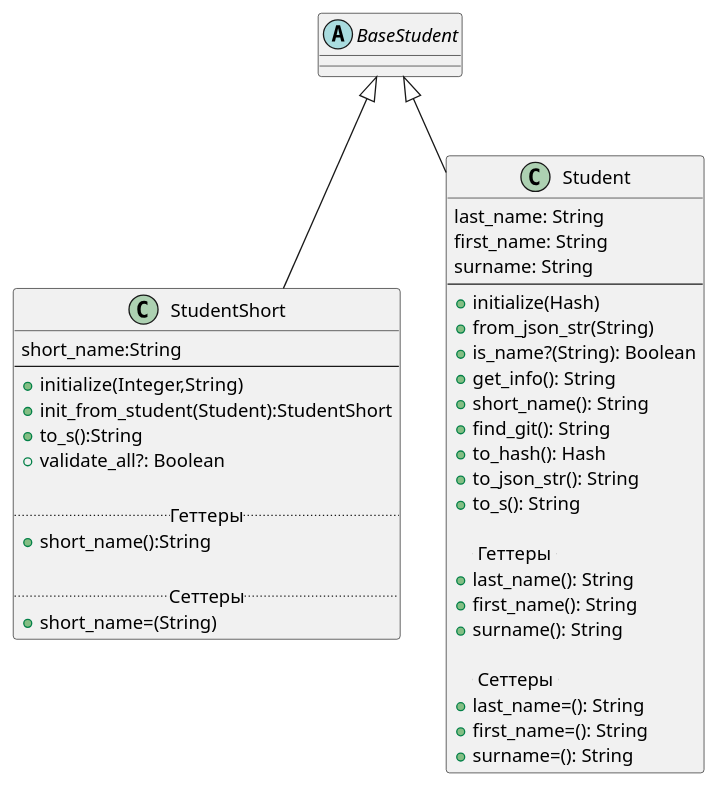
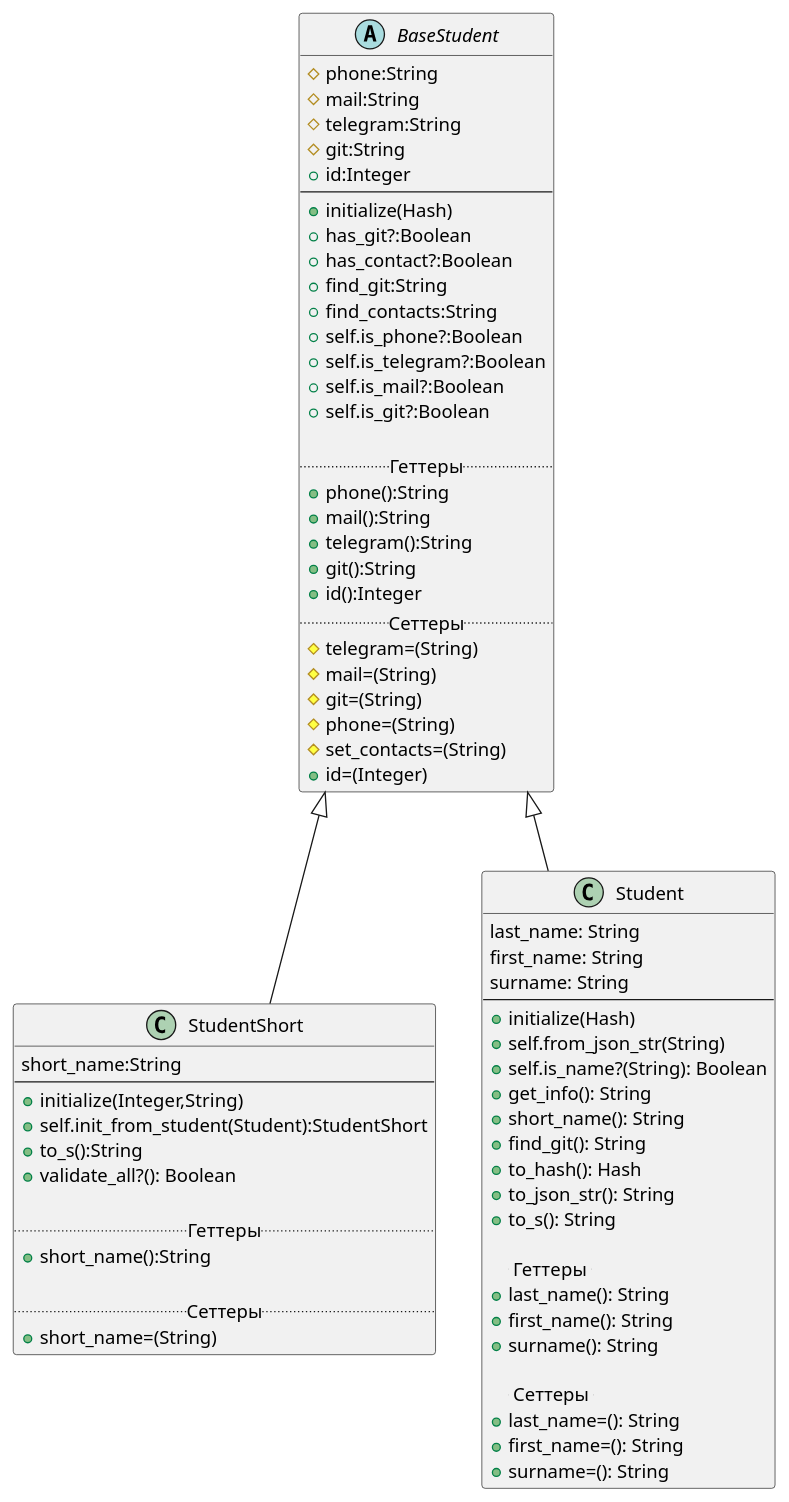
Before and after one commit to OlegVasil/RubyLabs: the diagram in laba_2/Diagrams/diagram_1.puml, drawn with PlantUML.

```diff
--- a/laba_2/Diagrams/diagram_1.puml
+++ b/laba_2/Diagrams/diagram_1.puml
@@ -1,46 +1,74 @@
 abstract class BaseStudent
 {
+#phone:String
+#mail:String
+#telegram:String
+#git:String
++id:Integer
+--
++initialize(Hash)
++has_git?:Boolean
++has_contact?:Boolean
++find_git:String
++find_contacts:String
++self.is_phone?:Boolean
++self.is_telegram?:Boolean
++self.is_mail?:Boolean
++self.is_git?:Boolean
 
+..Геттеры..
++phone():String
++mail():String
++telegram():String
++git():String
++id():Integer
+..Сеттеры..
+#telegram=(String)
+#mail=(String)
+#git=(String)
+#phone=(String)
+#set_contacts=(String)
++id=(Integer)
 }
 
 class StudentShort extends BaseStudent
 {
 short_name:String
 --
 +initialize(Integer,String)
-+init_from_student(Student):StudentShort
++self.init_from_student(Student):StudentShort
 +to_s():String
-+validate_all?: Boolean
++validate_all?(): Boolean
 
 .. Геттеры ..
 +short_name():String
 
 .. Сеттеры ..
 +short_name=(String)
 }
 
 class Student extends BaseStudent {
 last_name: String
 first_name: String
 surname: String
 --
 +initialize(Hash)
-+from_json_str(String)
-+is_name?(String): Boolean
++self.from_json_str(String)
++self.is_name?(String): Boolean
 +get_info(): String
 +short_name(): String
 +find_git(): String
 +to_hash(): Hash
 +to_json_str(): String
 +to_s(): String
 
     .. Геттеры ..
 +last_name(): String
 +first_name(): String
 +surname(): String
 
     .. Сеттеры ..
 +last_name=(): String
 +first_name=(): String
 +surname=(): String
 }
```
